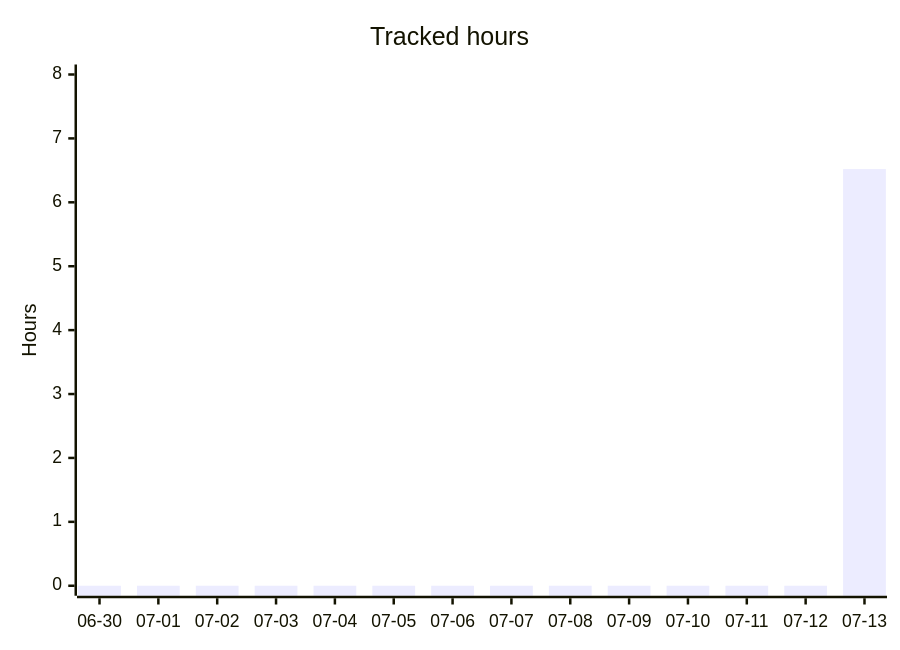
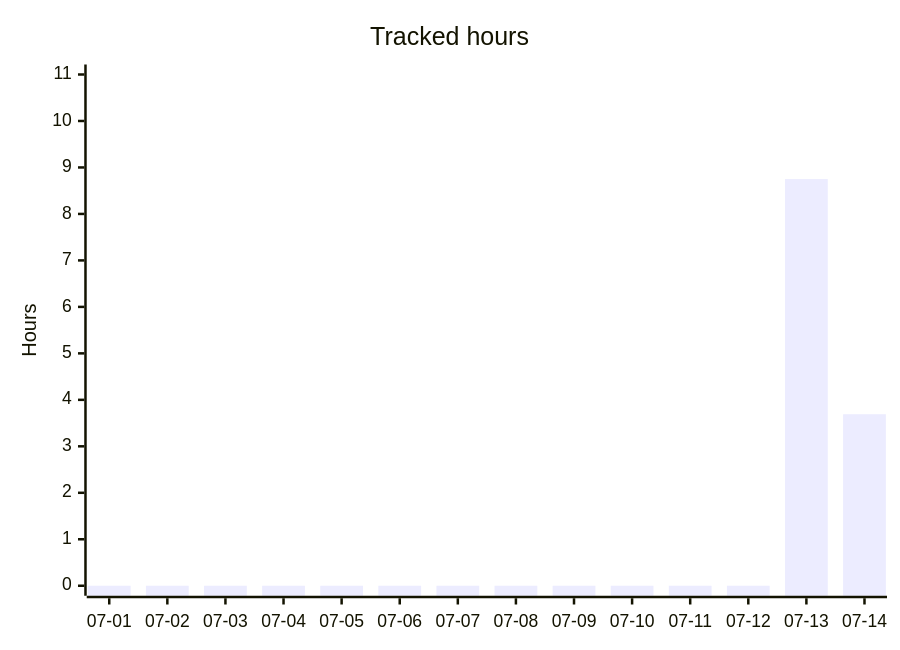
One commit to albinforsberg-netizen/timeclock changed the second of 5 diagrams in README.org. Above: the diagram before and after it, drawn with Mermaid. The commit also changed other lines of this file, not shown here.

```diff
--- a/README.org
+++ b/README.org
@@ -90,7 +90,7 @@
 #+begin_src mermaid
 xychart-beta
     title "Tracked hours"
-    x-axis ["06-30", "07-01", "07-02", "07-03", "07-04", "07-05", "07-06", "07-07", "07-08", "07-09", "07-10", "07-11", "07-12", "07-13"]
-    y-axis "Hours" 0 --> 8
-    bar [0.00, 0.00, 0.00, 0.00, 0.00, 0.00, 0.00, 0.00, 0.00, 0.00, 0.00, 0.00, 0.00, 6.52]
+    x-axis ["07-01", "07-02", "07-03", "07-04", "07-05", "07-06", "07-07", "07-08", "07-09", "07-10", "07-11", "07-12", "07-13", "07-14"]
+    y-axis "Hours" 0 --> 11
+    bar [0.00, 0.00, 0.00, 0.00, 0.00, 0.00, 0.00, 0.00, 0.00, 0.00, 0.00, 0.00, 8.75, 3.69]
 #+end_src
```
